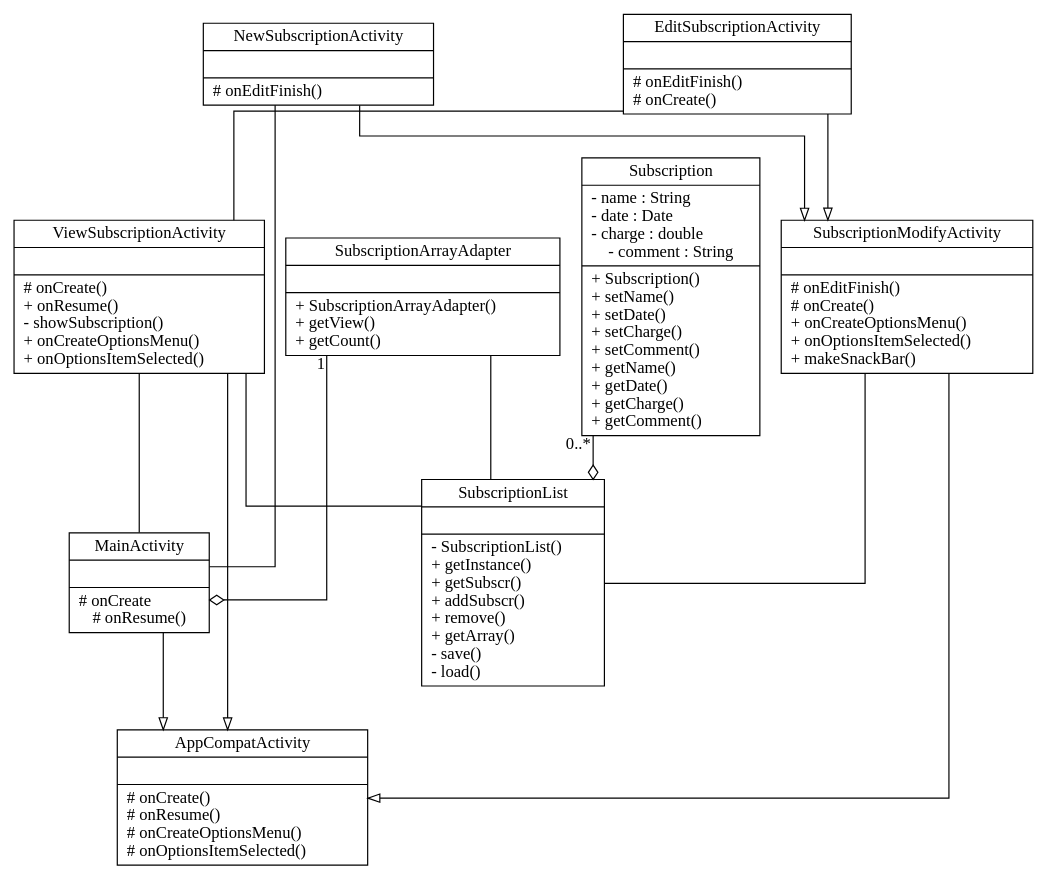
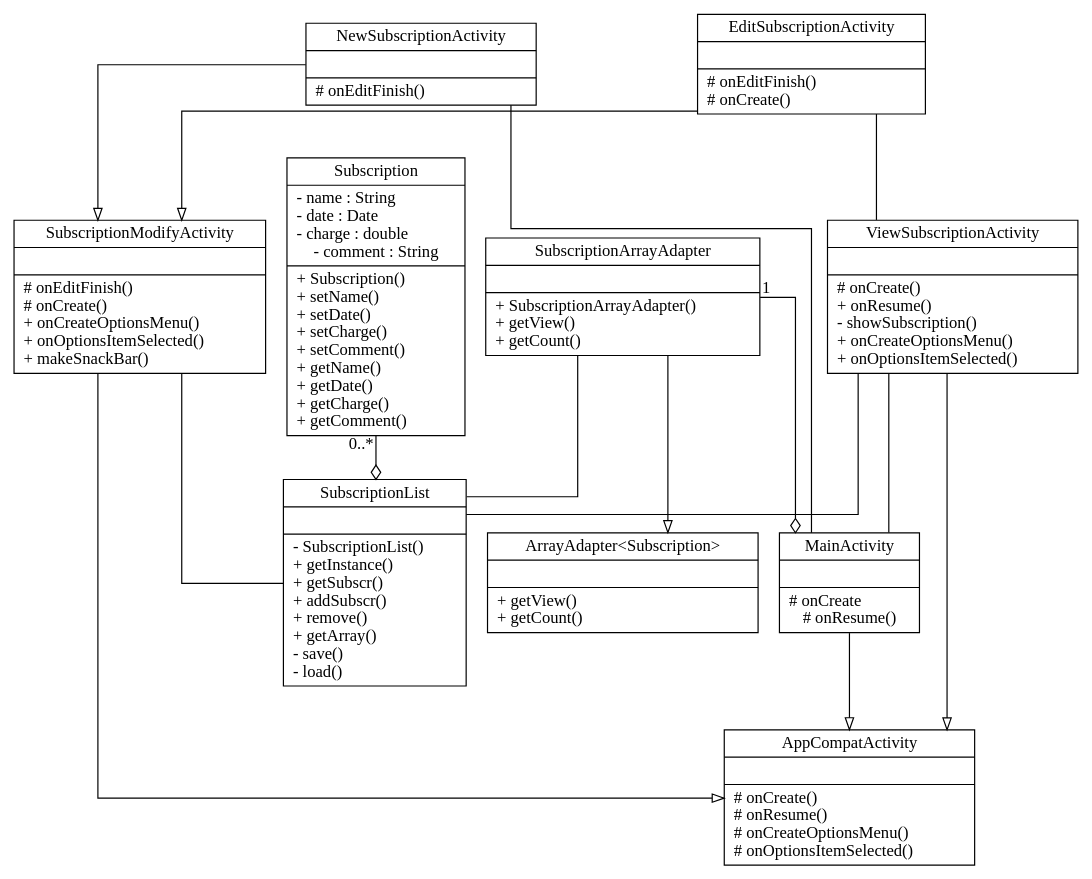
The diagram in doc/uml-subbook.dot (Petelliott/pelliott-SubBook), drawn with Graphviz before and after one commit. The commit also changed 1 other file, not shown here.

Commit message:
added arrayadapter to uml documentations

```diff
--- a/doc/uml-subbook.dot
+++ b/doc/uml-subbook.dot
@@ -1,41 +1,44 @@
 digraph G {
     splines=ortho;
 
     Subscription[
         shape=record
         label="{Subscription|- name : String\l- date : Date\l- charge : double\l- comment : String|+ Subscription()\l+ setName()\l+ setDate()\l+ setCharge()\l+ setComment()\l+ getName()\l+ getDate()\l+ getCharge()\l+ getComment()\l}"
     ];
 
     SubscriptionList[
         shape=record
         label="{SubscriptionList||- SubscriptionList()\l+ getInstance()\l+ getSubscr()\l+ addSubscr()\l+ remove()\l+ getArray()\l- save()\l- load()\l}"
     ];
 
     Subscription->SubscriptionList[arrowhead="odiamond",taillabel = "0..*"];
 
     MainActivity[shape=record,label="{MainActivity||# onCreate\l# onResume()}"];
     ViewSubscriptionActivity[shape=record,label="{ViewSubscriptionActivity||# onCreate()\l+ onResume()\l- showSubscription()\l+ onCreateOptionsMenu()\l+ onOptionsItemSelected()\l}"];
     SubscriptionModifyActivity[shape=record,label="{SubscriptionModifyActivity||# onEditFinish()\l# onCreate()\l+ onCreateOptionsMenu()\l+ onOptionsItemSelected()\l+ makeSnackBar()\l}"];
 
     ViewSubscriptionActivity->SubscriptionList[arrowhead="none"];
     ViewSubscriptionActivity->MainActivity[arrowhead="none"];
     SubscriptionModifyActivity->SubscriptionList[arrowhead="none"];
 
+    ArrayAdapter[shape="record", label="{ArrayAdapter\<Subscription\>||+ getView()\l+ getCount()\l}"];
+    SubscriptionArrayAdapter->ArrayAdapter[arrowhead="onormal"];
+
     SubscriptionArrayAdapter[shape="record", label="{SubscriptionArrayAdapter||+ SubscriptionArrayAdapter()\l+ getView()\l+ getCount()\l}"];
     SubscriptionArrayAdapter->MainActivity[arrowhead="odiamond",taillabel="1"];
     SubscriptionArrayAdapter->SubscriptionList[arrowhead="none"];
 
     EditSubscriptionActivity[shape=record,label="{EditSubscriptionActivity||# onEditFinish()\l# onCreate()\l}"];
     NewSubscriptionActivity[shape=record,label="{NewSubscriptionActivity||# onEditFinish()\l}"];
 
     EditSubscriptionActivity->SubscriptionModifyActivity[arrowhead="onormal"];
     NewSubscriptionActivity->SubscriptionModifyActivity[arrowhead="onormal"];
 
     NewSubscriptionActivity->MainActivity[arrowhead="none"];
     EditSubscriptionActivity->ViewSubscriptionActivity[arrowhead="none"];
 
     Activity[shape=record,label="{AppCompatActivity||# onCreate()\l# onResume()\l# onCreateOptionsMenu()\l# onOptionsItemSelected()\l}"];
     MainActivity->Activity[arrowhead="onormal"];
     ViewSubscriptionActivity->Activity[arrowhead="onormal"];
     SubscriptionModifyActivity->Activity[arrowhead="onormal"];
 }
```
